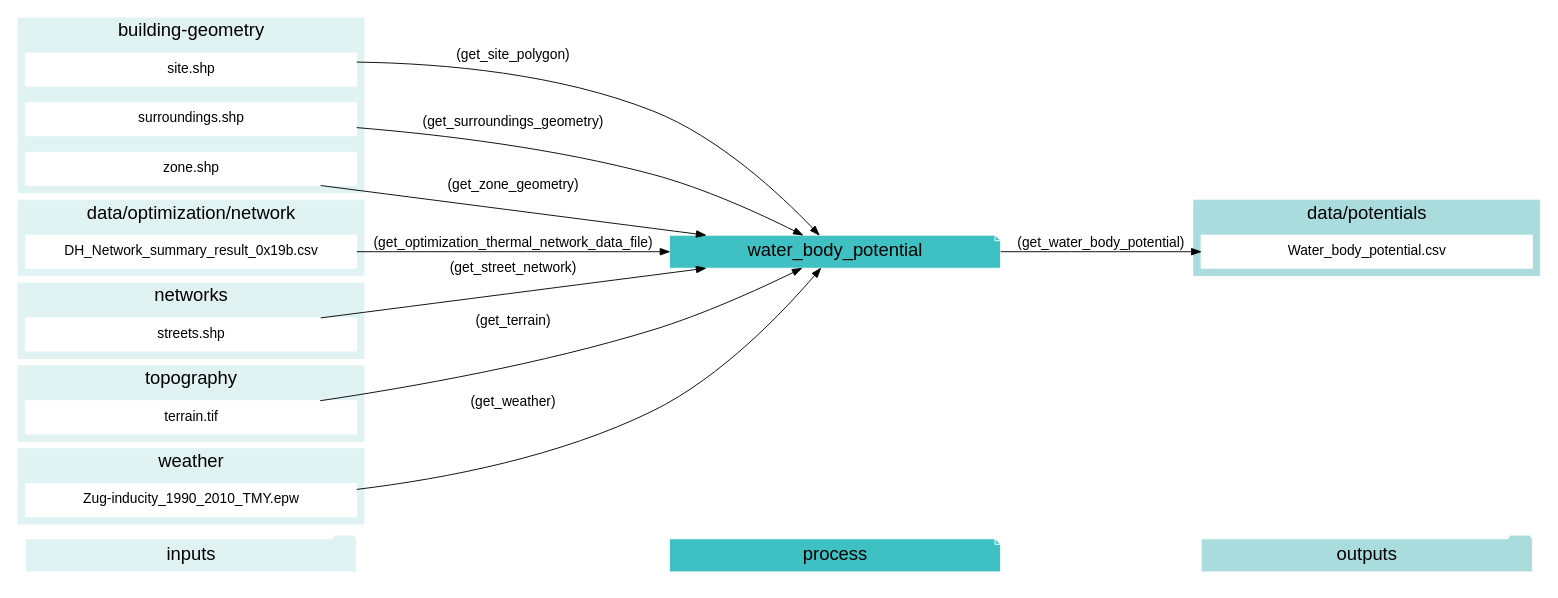
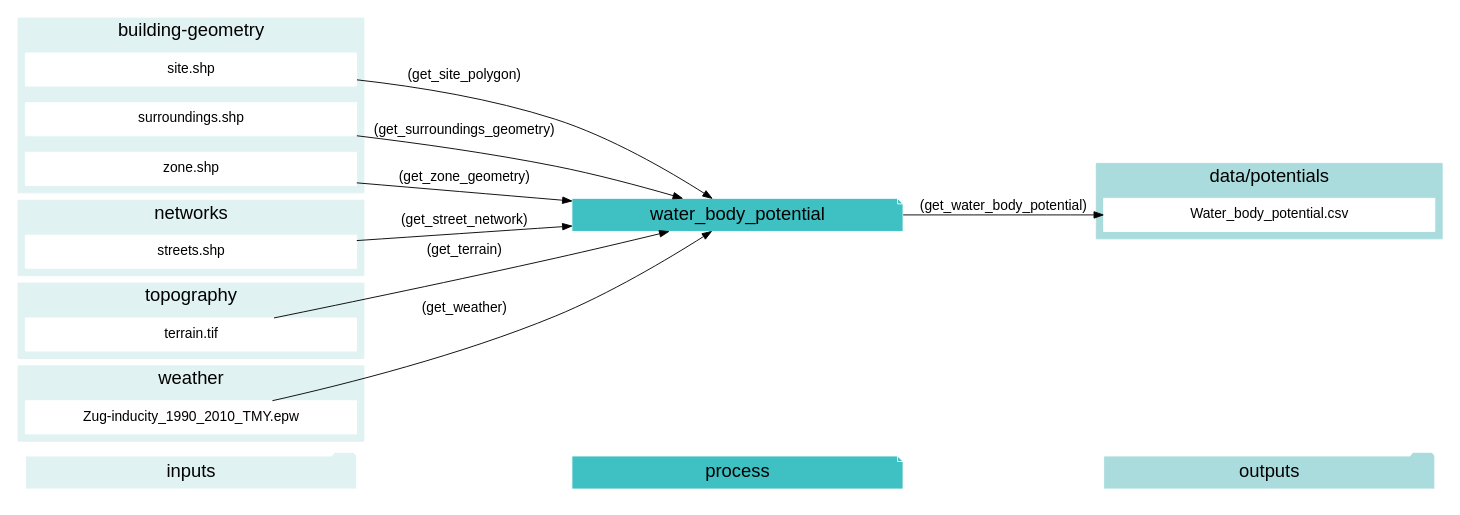
Before and after one commit to architecture-building-systems/CityEnergyAnalyst: the diagram in docs/graphviz/water_body_potential.gv, drawn with Graphviz. The commit also changed 25 other files, not shown here.

Commit message:
working on the graphviz output

```diff
--- a/docs/graphviz/water_body_potential.gv
+++ b/docs/graphviz/water_body_potential.gv
@@ -1,75 +1,66 @@
 digraph trace_inputlocator {
     rankdir="LR";
     graph [overlap=false, fontname=arial];
     node [shape=box, style=filled, color=white, fontsize=15, fontname=arial, fixedsize=true, width=5];
     edge [fontname=arial, fontsize = 15]
     newrank=true
     subgraph cluster_legend {
     fontsize=25
     style=invis
     "process"[style=filled, fillcolor="#3FC0C2", shape=note, fontsize=20, fontname="arial"]
     "inputs" [style=filled, shape=folder, color=white, fillcolor="#E1F2F2", fontsize=20]
     "outputs"[style=filled, shape=folder, color=white, fillcolor="#aadcdd", fontsize=20]
     "inputs"->"process"[style=invis]
     "process"->"outputs"[style=invis]
     }
     "water_body_potential"[style=filled, color=white, fillcolor="#3FC0C2", shape=note, fontsize=20, fontname=arial];
     subgraph cluster_0_in {
         style = filled;
         color = "#E1F2F2";
         fontsize = 20;
         rank=same;
         label="building-geometry";
         "site.shp"
         "surroundings.shp"
         "zone.shp"
     }
-    subgraph cluster_1_in {
-        style = filled;
-        color = "#E1F2F2";
-        fontsize = 20;
-        rank=same;
-        label="data/optimization/network";
-        "DH_Network_summary_result_0x19b.csv"
-    }
-    subgraph cluster_2_out {
+    subgraph cluster_1_out {
         style = filled;
         color = "#aadcdd";
         fontsize = 20;
         rank=same;
         label="data/potentials";
         "Water_body_potential.csv"
     }
-    subgraph cluster_3_in {
+    subgraph cluster_2_in {
         style = filled;
         color = "#E1F2F2";
         fontsize = 20;
         rank=same;
         label="networks";
         "streets.shp"
     }
-    subgraph cluster_4_in {
+    subgraph cluster_3_in {
         style = filled;
         color = "#E1F2F2";
         fontsize = 20;
         rank=same;
         label="topography";
         "terrain.tif"
     }
-    subgraph cluster_5_in {
+    subgraph cluster_4_in {
         style = filled;
         color = "#E1F2F2";
         fontsize = 20;
         rank=same;
         label="weather";
         "Zug-inducity_1990_2010_TMY.epw"
     }
-    "DH_Network_summary_result_0x19b.csv" -> "water_body_potential"[label="(get_optimization_thermal_network_data_file)"]
     "site.shp" -> "water_body_potential"[label="(get_site_polygon)"]
     "streets.shp" -> "water_body_potential"[label="(get_street_network)"]
     "surroundings.shp" -> "water_body_potential"[label="(get_surroundings_geometry)"]
     "terrain.tif" -> "water_body_potential"[label="(get_terrain)"]
     "Zug-inducity_1990_2010_TMY.epw" -> "water_body_potential"[label="(get_weather)"]
     "zone.shp" -> "water_body_potential"[label="(get_zone_geometry)"]
     "water_body_potential" -> "Water_body_potential.csv"[label="(get_water_body_potential)"]
     }
```
